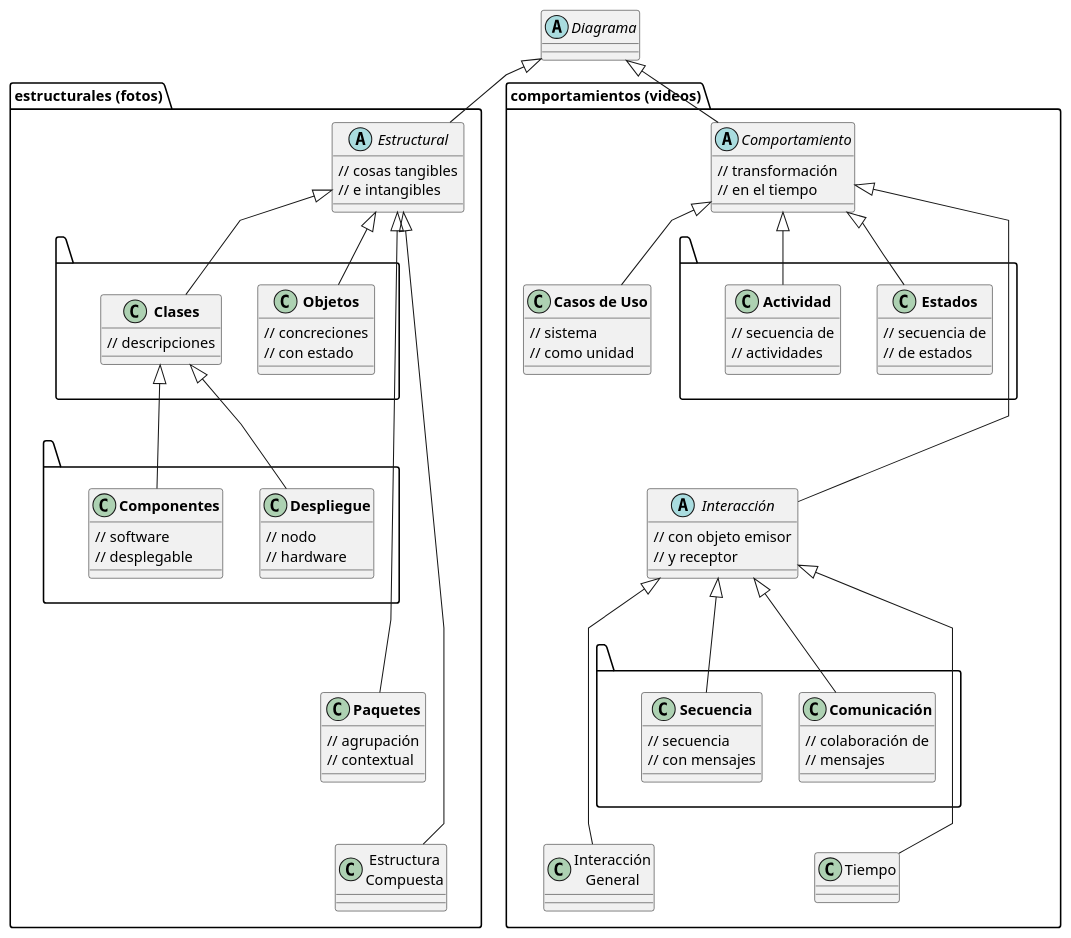
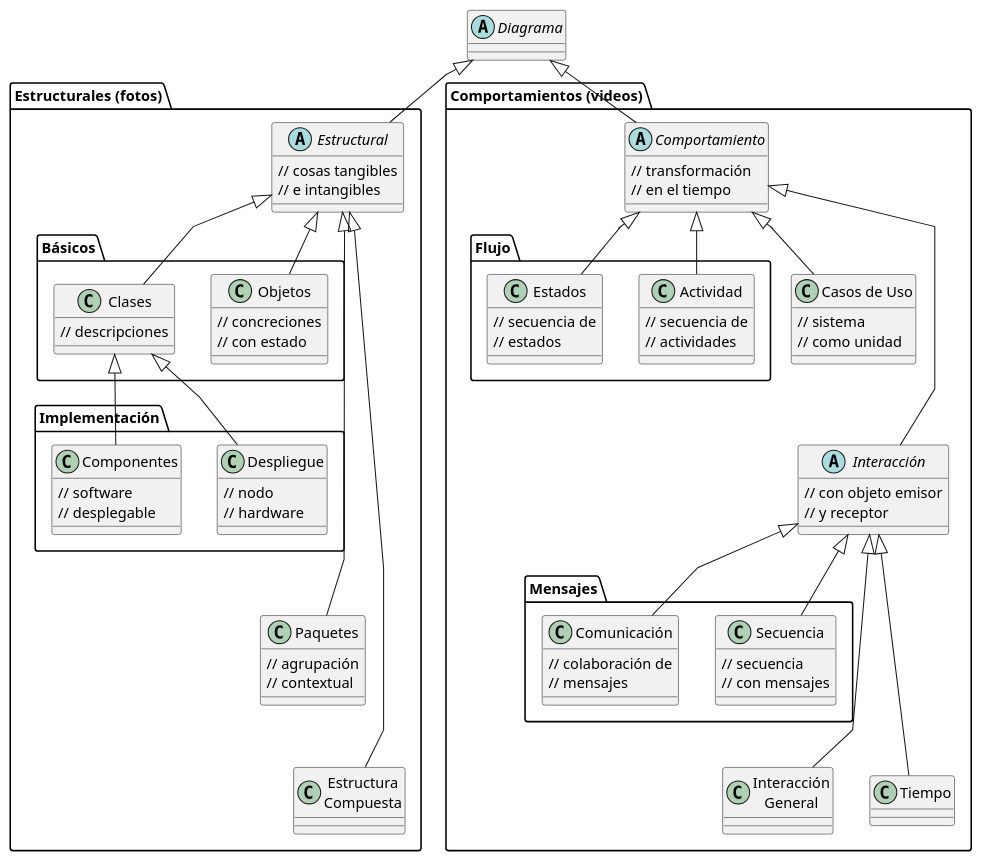
The diagram in plantUMLModels/umlDiagrams.puml (mmasias/uml), drawn with PlantUML before and after one commit. The commit also changed 1 other file, not shown here.

```diff
--- a/plantUMLModels/umlDiagrams.puml
+++ b/plantUMLModels/umlDiagrams.puml
@@ -1,101 +1,109 @@
 @startuml
 
 skinparam linetype polyline
 
-abstract Diagrama
+abstract class Diagrama
 
-package estructurales as "estructurales (fotos)"{
+package "Estructurales (fotos)" as estructurales {
+  abstract class Estructural {
+    // cosas tangibles
+    // e intangibles
+  }
+  
+  package "Básicos" {
+    class Clases {
+      // descripciones
+    }
+    class Objetos {
+      // concreciones
+      // con estado
+    }
+  }
+  
+  package "Implementación" {
+    class Componentes {
+      // software
+      // desplegable
+    }
+    class Despliegue {
+      // nodo
+      // hardware
+    }
+  }
+  
+  class Paquetes {
+    // agrupación
+    // contextual
+  }
+  
+  class "Estructura\nCompuesta" as EstructuraCompuesta
+}
 
-abstract DiagramaEstructural as "Estructural" {
-// cosas tangibles
-// e intangibles
+package "Comportamientos (videos)" as comportamientos {
+  abstract class Comportamiento {
+    // transformación
+    // en el tiempo
+  }
+  
+  class "Casos de Uso" as CasosUso {
+    // sistema
+    // como unidad
+  }
+  
+  package "Flujo" {
+    class Estados {
+      // secuencia de
+      // estados
+    }
+    class Actividad {
+      // secuencia de
+      // actividades
+    }
+  }
+  
+  abstract class Interacción {
+    // con objeto emisor
+    // y receptor
+  }
+  
+  package "Mensajes" {
+    class Comunicación {
+      // colaboración de
+      // mensajes
+    }
+    class Secuencia {
+      // secuencia
+      // con mensajes
+    }
+  }
+  
+  class "Interacción\nGeneral" as InteraccionGeneral
+  class Tiempo
 }
-package " " as A  {
-class DiagramaClases as "<b>Clases</b>" {
-// descripciones
-}
-class DiagramaObjetos as "<b>Objetos</b>" {
-// concreciones
-// con estado
-}
-}
-package " " as B  {
-class DiagramaComponentes as "<b>Componentes</b>" {
-// software
-// desplegable
-}
-class DiagramaDespliegue as "<b>Despliegue</b>" {
-// nodo
-// hardware
-}
-}
-class DiagramaPaquetes as "<b>Paquetes</b>" {
-// agrupación
-// contextual
-}
-class DiagramaEstructuraCompuesta as "Estructura\nCompuesta"
-}
-package comportamientos as "comportamientos (videos)" {
-abstract class DiagramaComportamiento as "Comportamiento" {
-// transformación
-// en el tiempo
-}
-class DiagramaCasosUso as "<b>Casos de Uso</b>" {
-// sistema
-// como unidad
-}
-package " " as C {
-class DiagramaEstados as "<b>Estados</b>" {
-// secuencia de
-// de estados
-}
-class DiagramaActividad as "<b>Actividad</b>" {
-// secuencia de
-// actividades
-}
-}
-abstract class DiagramaInteraccion as "Interacción" {
-// con objeto emisor
-// y receptor
-}
-package " " as D {
-class DiagramaComunicacion as "<b>Comunicación</b>" {
-// colaboración de
-// mensajes
-}
-class DiagramaSecuencia as "<b>Secuencia</b>" {
-// secuencia
-// con mensajes
-}
-}
-class DiagramaInteraccionGeneral as "Interacción\nGeneral"
-class DiagramaTiempo as "Tiempo"
-}
-Diagrama <|-down- DiagramaEstructural
-Diagrama <|-down- DiagramaComportamiento
-DiagramaEstructural <|-down- DiagramaClases
-DiagramaEstructural <|-down- DiagramaObjetos
-DiagramaClases <|-down- DiagramaComponentes
-DiagramaClases <|-down- DiagramaDespliegue
-DiagramaEstructural <|-down- DiagramaPaquetes
-DiagramaEstructural <|-down---- DiagramaEstructuraCompuesta
-DiagramaClases -[hidden] DiagramaObjetos
-DiagramaComponentes -[hidden] DiagramaDespliegue
-A -[hidden]down-B
-B -[hidden]down-DiagramaPaquetes
 
-DiagramaCasosUso -[hidden]left-C
-DiagramaActividad -[hidden] DiagramaEstados
-DiagramaPaquetes -[hidden]down- DiagramaEstructuraCompuesta
-DiagramaComportamiento <|-down- DiagramaCasosUso
-DiagramaComportamiento <|-down- DiagramaInteraccion
-DiagramaComportamiento <|-down- DiagramaActividad
-DiagramaComportamiento <|-down- DiagramaEstados
-C -[hidden]down-DiagramaInteraccion
-DiagramaInteraccion <|-- DiagramaComunicacion
-DiagramaInteraccion <|-- DiagramaSecuencia
-DiagramaInteraccion <|-- DiagramaInteraccionGeneral
-DiagramaInteraccion <|-- DiagramaTiempo
-D -[hidden]down-DiagramaTiempo
-D -[hidden]down-DiagramaInteraccionGeneral
+Diagrama <|-down- Estructural
+Diagrama <|-down- Comportamiento
+
+Estructural <|-down- Clases
+Estructural <|-down- Objetos
+Clases <|-down- Componentes
+Clases <|-down- Despliegue
+Estructural <|-down--- Paquetes
+Estructural <|-down---- EstructuraCompuesta
+
+Comportamiento <|-down- CasosUso
+Comportamiento <|-down- Estados
+Comportamiento <|-down- Actividad
+Comportamiento <|-down-- Interacción
+
+Interacción <|-down- Comunicación
+Interacción <|-down- Secuencia
+Interacción <|-down-- InteraccionGeneral
+Interacción <|-down-- Tiempo
+
+Clases -[hidden]right- Objetos
+Componentes -[hidden]right- Despliegue
+Estados -[hidden]right- Actividad
+Comunicación -[hidden]right- Secuencia
+
 @enduml
```
